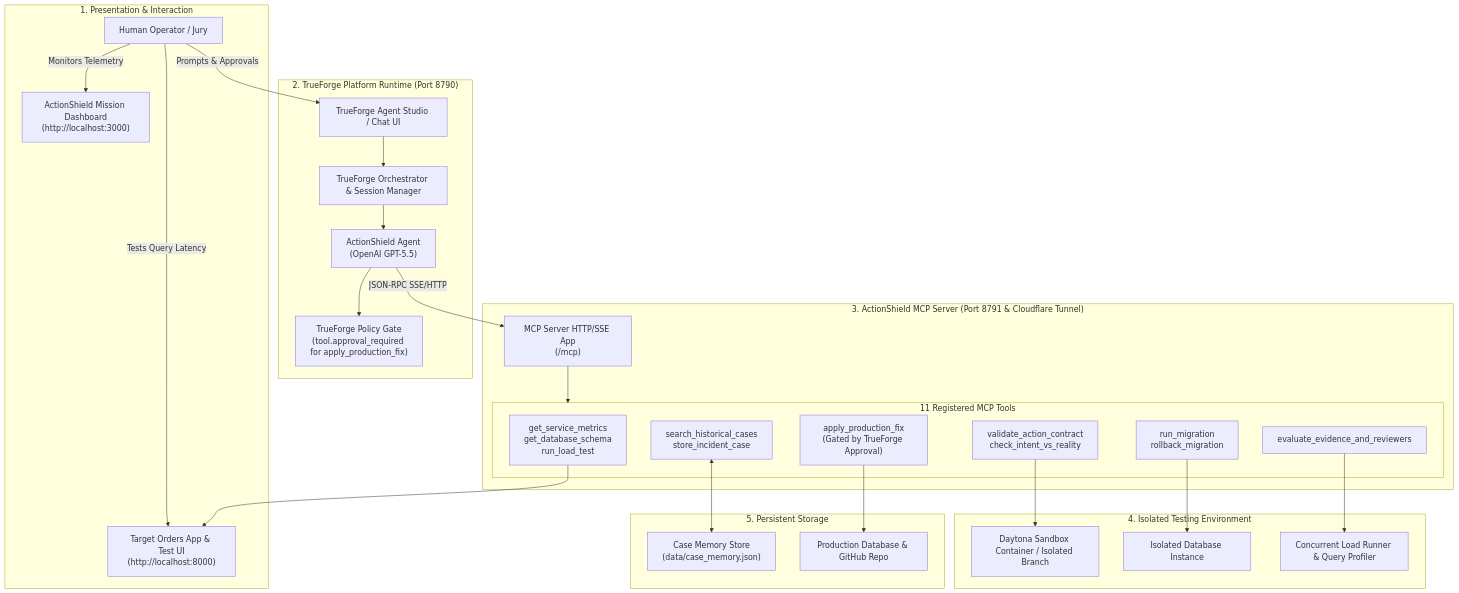
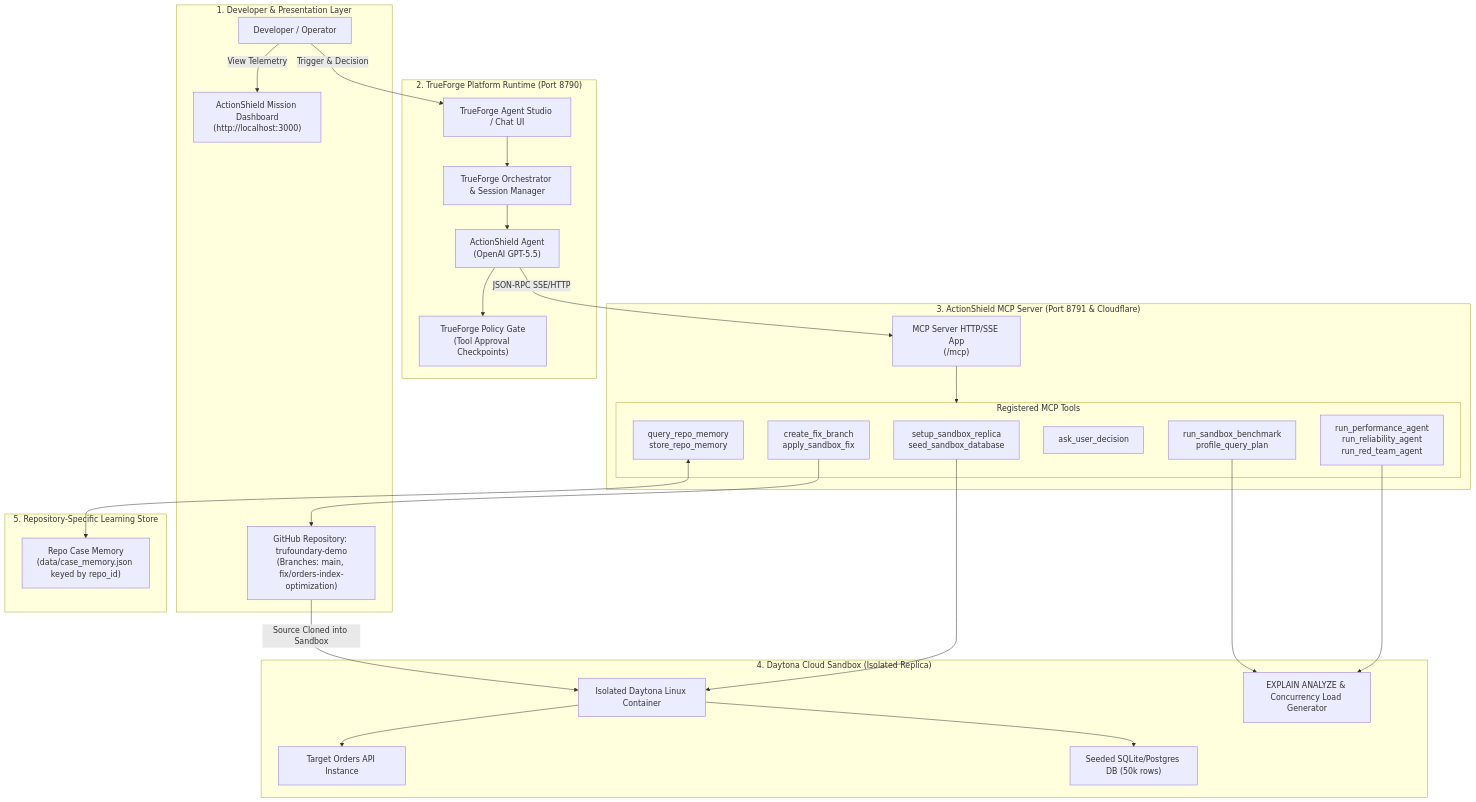
One commit to rajnishkumar13500/TrueFoundry changed the first of 3 diagrams in diagram.md. Above: the diagram before and after it, drawn with Mermaid. The commit also changed other lines of this file and 1 other file, not shown here.

Commit message:
docs: align diagrams and demo script with GitOps flow (sandbox testing -> issue summary -> fix branch -> re-test in sandbox -> push branch for manual merge -> repo memory)

````diff
--- a/diagram.md
+++ b/diagram.md
@@ -38,55 +17,56 @@
 ```mermaid
 graph TB
-    subgraph PresentationLayer["1. Presentation & Interaction"]
-        Operator["Human Operator / Jury"]
+    subgraph DevLayer["1. Developer & Presentation Layer"]
+        Developer["Developer / Operator"]
         Dashboard["ActionShield Mission Dashboard<br>(http://localhost:3000)"]
-        TargetApp["Target Orders App & Test UI<br>(http://localhost:8000)"]
+        GitHubRepo["GitHub Repository: trufoundary-demo<br>(Branches: main, fix/orders-index-optimization)"]
     end
 
     subgraph TrueForgeLayer["2. TrueForge Platform Runtime (Port 8790)"]
         TFStudio["TrueForge Agent Studio / Chat UI"]
         TFOrchestrator["TrueForge Orchestrator & Session Manager"]
-        TFPolicyEngine["TrueForge Policy Gate<br>(tool.approval_required for apply_production_fix)"]
+        TFPolicyEngine["TrueForge Policy Gate<br>(Tool Approval Checkpoints)"]
         TFAgent["ActionShield Agent<br>(OpenAI GPT-5.5)"]
     end
 
-    subgraph MCPLayer["3. ActionShield MCP Server (Port 8791 & Cloudflare Tunnel)"]
+    subgraph MCPLayer["3. ActionShield MCP Server (Port 8791 & Cloudflare)"]
         MCPEndpoint["MCP Server HTTP/SSE App<br>(/mcp)"]
-        subgraph ToolRegistry["11 Registered MCP Tools"]
-            T_Diag["get_service_metrics<br>get_database_schema<br>run_load_test"]
-            T_Mem["search_historical_cases<br>store_incident_case"]
-            T_Contract["validate_action_contract<br>check_intent_vs_reality"]
-            T_Review["evaluate_evidence_and_reviewers"]
-            T_Migrate["run_migration<br>rollback_migration"]
-            T_Prod["apply_production_fix<br>(Gated by TrueForge Approval)"]
+        subgraph ToolRegistry["Registered MCP Tools"]
+            T_Sand["setup_sandbox_replica<br>seed_sandbox_database"]
+            T_Bench["run_sandbox_benchmark<br>profile_query_plan"]
+            T_Rev["run_performance_agent<br>run_reliability_agent<br>run_red_team_agent"]
+            T_Prompt["ask_user_decision"]
+            T_Branch["create_fix_branch<br>apply_sandbox_fix"]
+            T_Mem["query_repo_memory<br>store_repo_memory"]
         end
     end
 
-    subgraph SandboxLayer["4. Isolated Testing Environment"]
-        SandboxEnv["Daytona Sandbox Container / Isolated Branch"]
-        SandboxDB["Isolated Database Instance"]
-        LoadRunner["Concurrent Load Runner & Query Profiler"]
+    subgraph DaytonaLayer["4. Daytona Cloud Sandbox (Isolated Replica)"]
+        SandboxContainer["Isolated Daytona Linux Container"]
+        SandboxApp["Target Orders API Instance"]
+        SandboxDB["Seeded SQLite/Postgres DB (50k rows)"]
+        SandboxProfiler["EXPLAIN ANALYZE & Concurrency Load Generator"]
     end
 
-    subgraph StorageLayer["5. Persistent Storage"]
-        CaseMemoryFile["Case Memory Store<br>(data/case_memory.json)"]
-        ProductionDB["Production Database & GitHub Repo"]
+    subgraph MemoryLayer["5. Repository-Specific Learning Store"]
+        RepoMemoryDB["Repo Case Memory<br>(data/case_memory.json keyed by repo_id)"]
     end
 
-    Operator -->|Prompts & Approvals| TFStudio
-    Operator -->|Monitors Telemetry| Dashboard
-    Operator -->|Tests Query Latency| TargetApp
+    Developer -->|Trigger & Decision| TFStudio
+    Developer -->|View Telemetry| Dashboard
+    GitHubRepo -->|Source Cloned into Sandbox| SandboxContainer
 
     TFStudio --> TFOrchestrator
     TFOrchestrator --> TFAgent
     TFAgent --> TFPolicyEngine
     TFAgent -->|JSON-RPC SSE/HTTP| MCPEndpoint
 
     MCPEndpoint --> ToolRegistry
-    T_Diag --> TargetApp
-    T_Mem <--> CaseMemoryFile
-    T_Contract --> SandboxEnv
-    T_Migrate --> SandboxDB
-    T_Review --> LoadRunner
-    T_Prod --> ProductionDB
+    T_Sand --> SandboxContainer
+    SandboxContainer --> SandboxApp
+    SandboxContainer --> SandboxDB
+    T_Bench --> SandboxProfiler
+    T_Rev --> SandboxProfiler
+    T_Branch --> GitHubRepo
+    T_Mem <--> RepoMemoryDB
 ```
````
